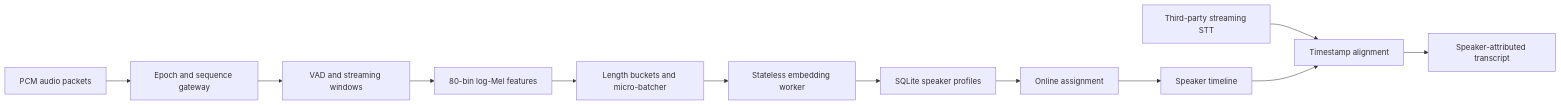
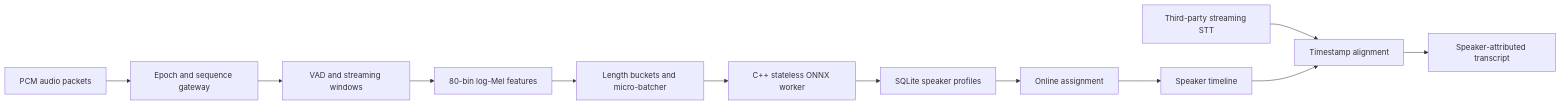
The diagram in README.md (lululuyuanyuanyuanGe/cuebee-speaker-serving), drawn with Mermaid before and after one commit. The commit also changed other lines of this file and 25 other files, not shown here.

Commit message:
feat: add native C++ ONNX inference worker

````diff
--- a/README.md
+++ b/README.md
@@ -36,14 +41,14 @@
 ```mermaid
 flowchart LR
     A[PCM audio packets] --> B[Epoch and sequence gateway]
     B --> C[VAD and streaming windows]
     C --> D[80-bin log-Mel features]
     D --> E[Length buckets and micro-batcher]
-    E --> F[Stateless embedding worker]
+    E --> F[C++ stateless ONNX worker]
     F --> G[SQLite speaker profiles]
     G --> H[Online assignment]
     H --> I[Speaker timeline]
     J[Third-party streaming STT] --> K[Timestamp alignment]
     I --> K
     K --> L[Speaker-attributed transcript]
 ```
````
